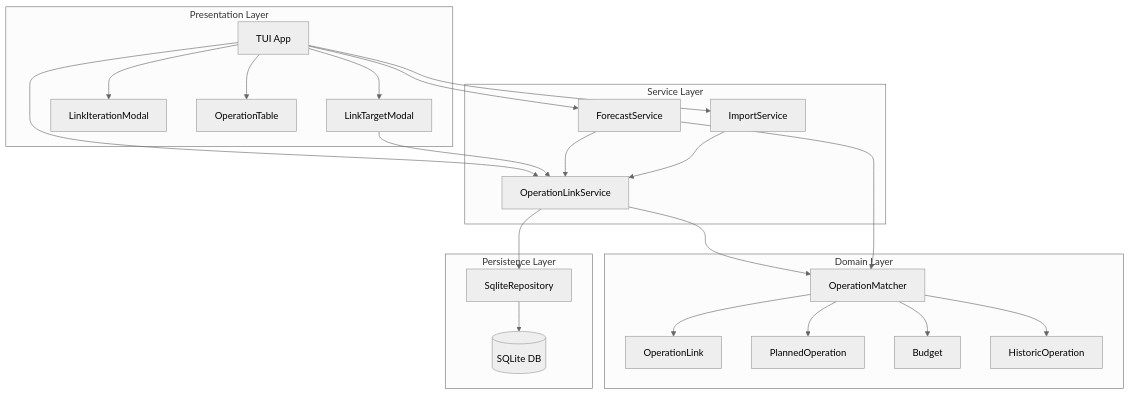
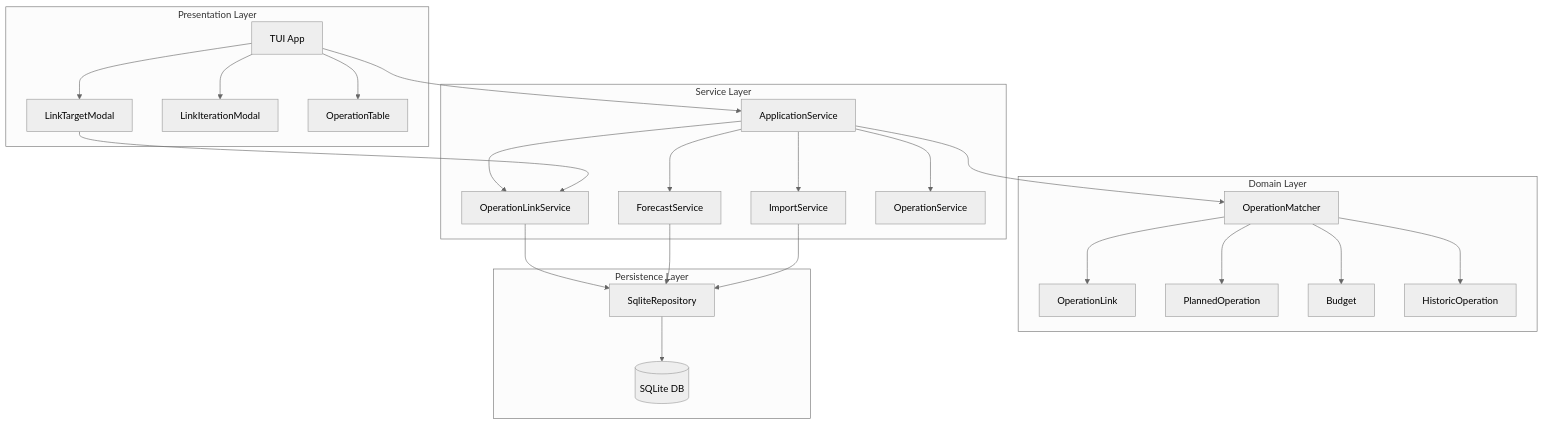
Before and after one commit to corentin-core/budget-forecaster: the first of 8 diagrams in docs/dev/operation-links.md, drawn with Mermaid (neutral theme). The commit also changed other lines of this file and 30 other files, not shown here.

First line of the commit message:
feat: introduce ApplicationService as central orchestrator (#71)

````diff
--- a/docs/dev/operation-links.md
+++ b/docs/dev/operation-links.md
@@ -8,50 +8,54 @@
 ```mermaid
 graph TB
     subgraph "Presentation Layer"
         TUI[TUI App]
         LinkTargetModal[LinkTargetModal]
         LinkIterationModal[LinkIterationModal]
         OperationTable[OperationTable]
     end
 
     subgraph "Service Layer"
+        AS[ApplicationService]
         OLS[OperationLinkService]
         FS[ForecastService]
         IS[ImportService]
+        OS[OperationService]
     end
 
     subgraph "Domain Layer"
         OM[OperationMatcher]
         OL[OperationLink]
         PO[PlannedOperation]
         B[Budget]
         HO[HistoricOperation]
     end
 
     subgraph "Persistence Layer"
         Repo[SqliteRepository]
         DB[(SQLite DB)]
     end
 
+    TUI --> AS
     TUI --> LinkTargetModal
     TUI --> LinkIterationModal
     TUI --> OperationTable
-    TUI --> OLS
-    TUI --> FS
-    TUI --> IS
+
+    AS --> IS
+    AS --> FS
+    AS --> OLS
+    AS --> OS
+    AS --> OM
 
     LinkTargetModal --> OLS
-    FS --> OLS
-    IS --> OLS
 
-    OLS --> OM
     OLS --> Repo
-    FS --> OM
+    FS --> Repo
+    IS --> Repo
 
     OM --> OL
     OM --> PO
     OM --> B
     OM --> HO
 
     Repo --> DB
 ```
````
